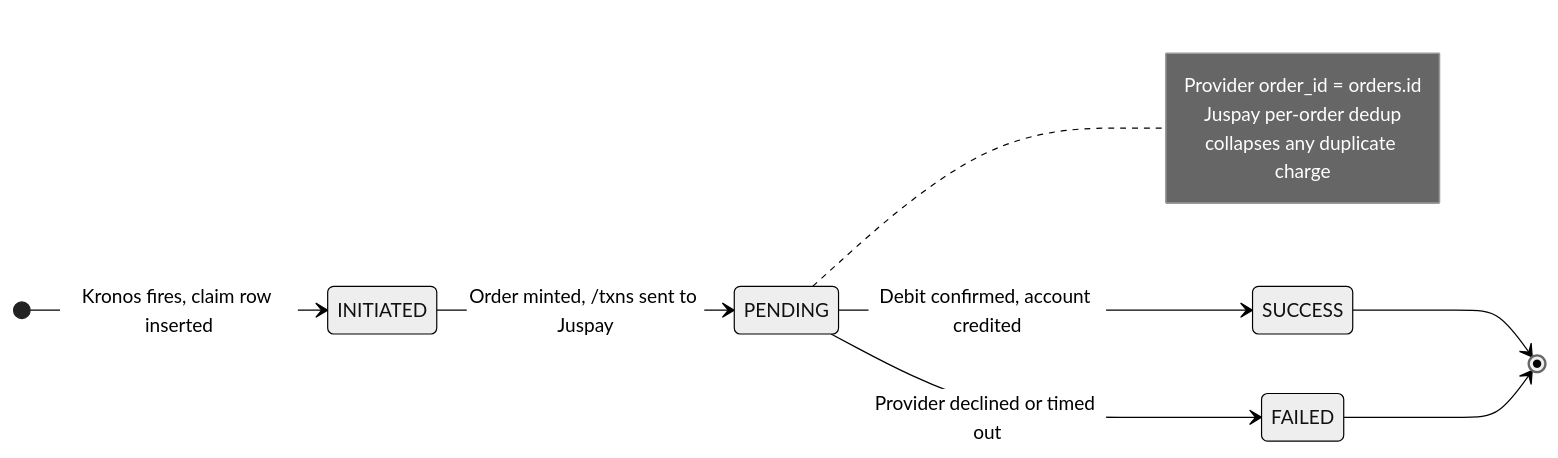
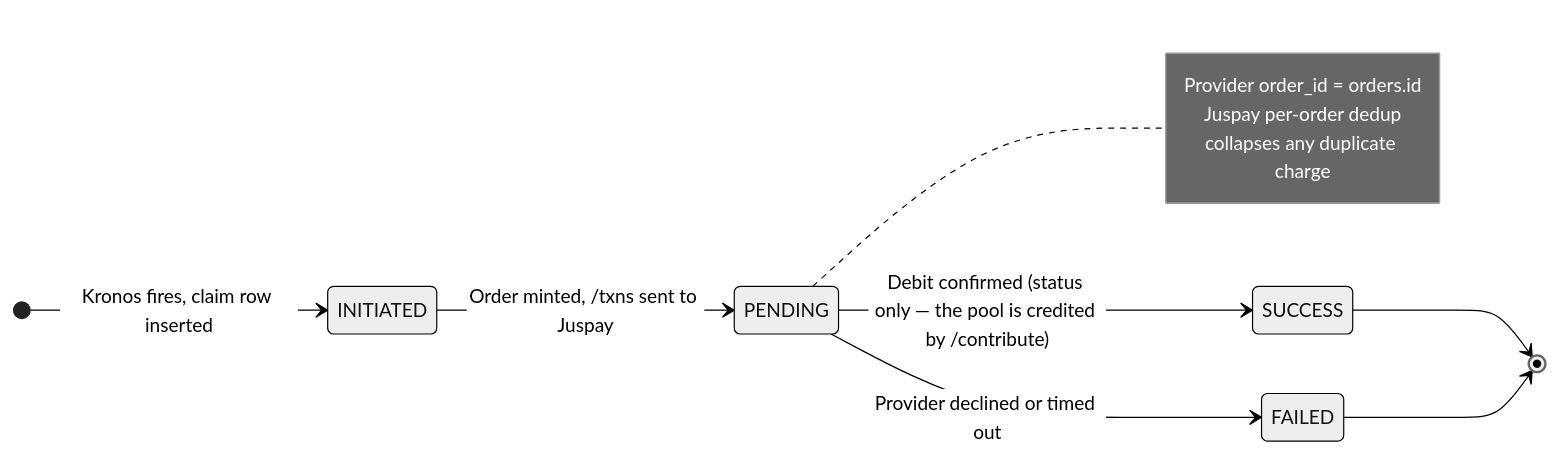
Before and after one commit to anu19981/aarokya-backend: the fourth of 4 diagrams in api-reference/architecture/system-overview.mdx, drawn with Mermaid (neutral theme). The commit also changed other lines of this file and 90 other files, not shown here.

````diff
--- a/api-reference/architecture/system-overview.mdx
+++ b/api-reference/architecture/system-overview.mdx
@@ -199,16 +208,16 @@
 ```mermaid
 stateDiagram-v2
     direction LR
     [*] --> INITIATED : Kronos fires, claim row inserted
     INITIATED --> PENDING : Order minted, /txns sent to Juspay
-    PENDING --> SUCCESS : Debit confirmed, account credited
+    PENDING --> SUCCESS : Debit confirmed (status only — the pool is credited by /contribute)
     PENDING --> FAILED : Provider declined or timed out
     SUCCESS --> [*]
     FAILED --> [*]
 
     note right of PENDING
         Provider order_id = orders.id
         Juspay per-order dedup
         collapses any duplicate charge
     end note
 ```
````
